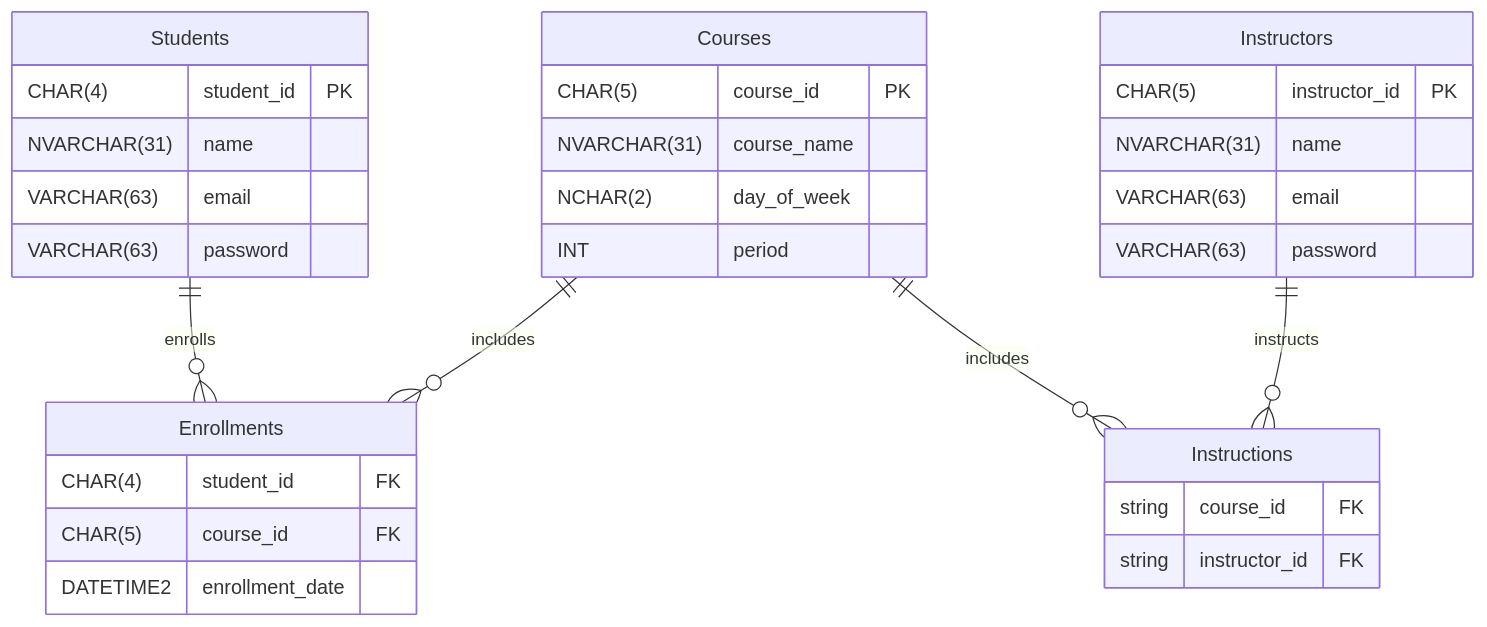
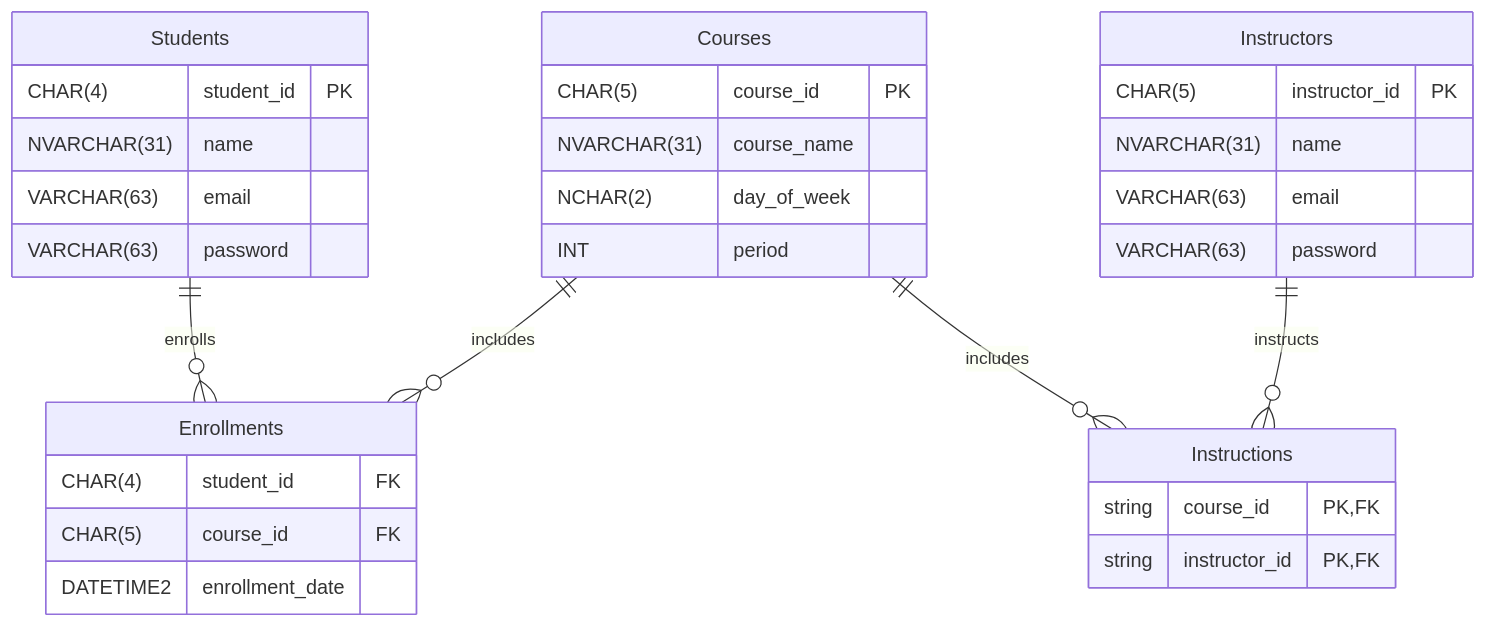
The diagram in docs/ER-diagram.md (takayanag-i/classroomApp), drawn with Mermaid before and after one commit. The commit also changed 17 other files, not shown here.

````diff
--- a/docs/ER-diagram.md
+++ b/docs/ER-diagram.md
@@ -5,39 +5,39 @@
 ```mermaid
 erDiagram
     Students {
         CHAR(4) student_id PK
         NVARCHAR(31) name
         VARCHAR(63) email
         VARCHAR(63) password
     }
     
     Instructors {
         CHAR(5) instructor_id PK
         NVARCHAR(31) name
         VARCHAR(63) email
         VARCHAR(63) password
     }
         
     Courses {
         CHAR(5) course_id PK
         NVARCHAR(31) course_name
         NCHAR(2) day_of_week
         INT period
     }
     
     Enrollments {
         CHAR(4) student_id FK
         CHAR(5) course_id FK
         DATETIME2 enrollment_date
     }
 
     Instructions {
-        string course_id FK
-        string instructor_id FK
+        string course_id PK,FK
+        string instructor_id PK,FK
     }
         
     Students ||--o{ Enrollments : enrolls
     Courses ||--o{ Enrollments : includes
     Courses ||--o{ Instructions : includes
     Instructors ||--o{ Instructions : instructs
 ```
````
